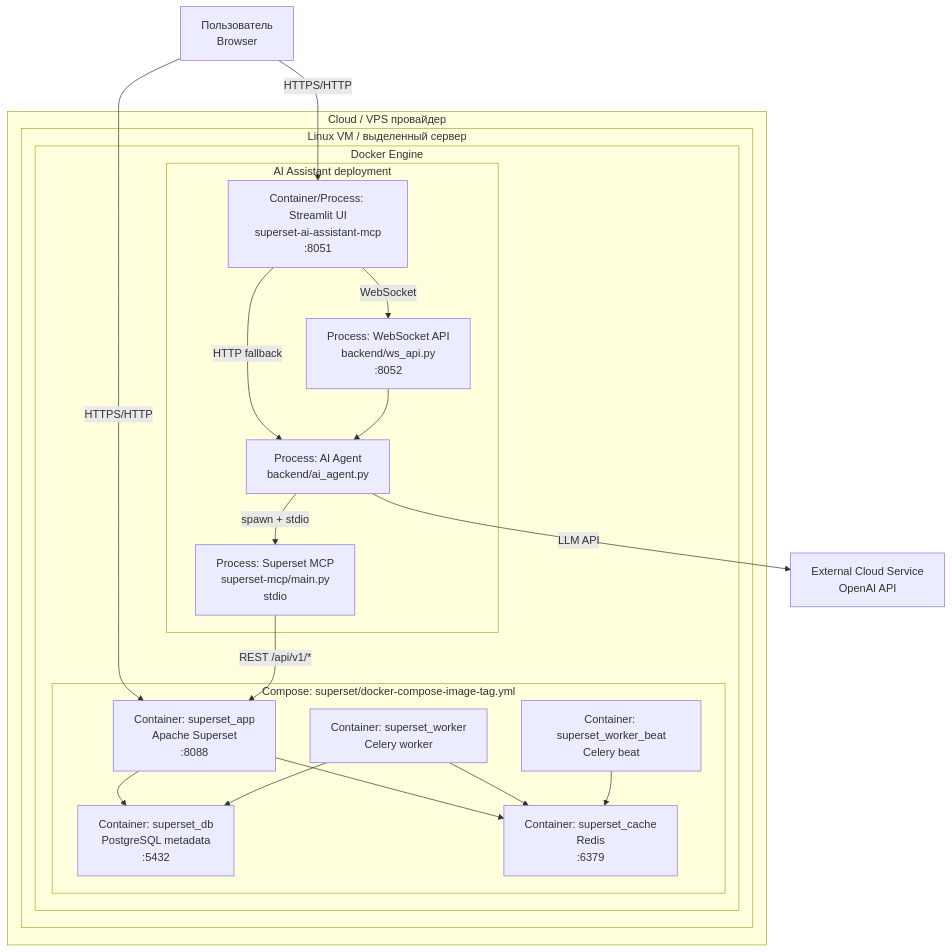
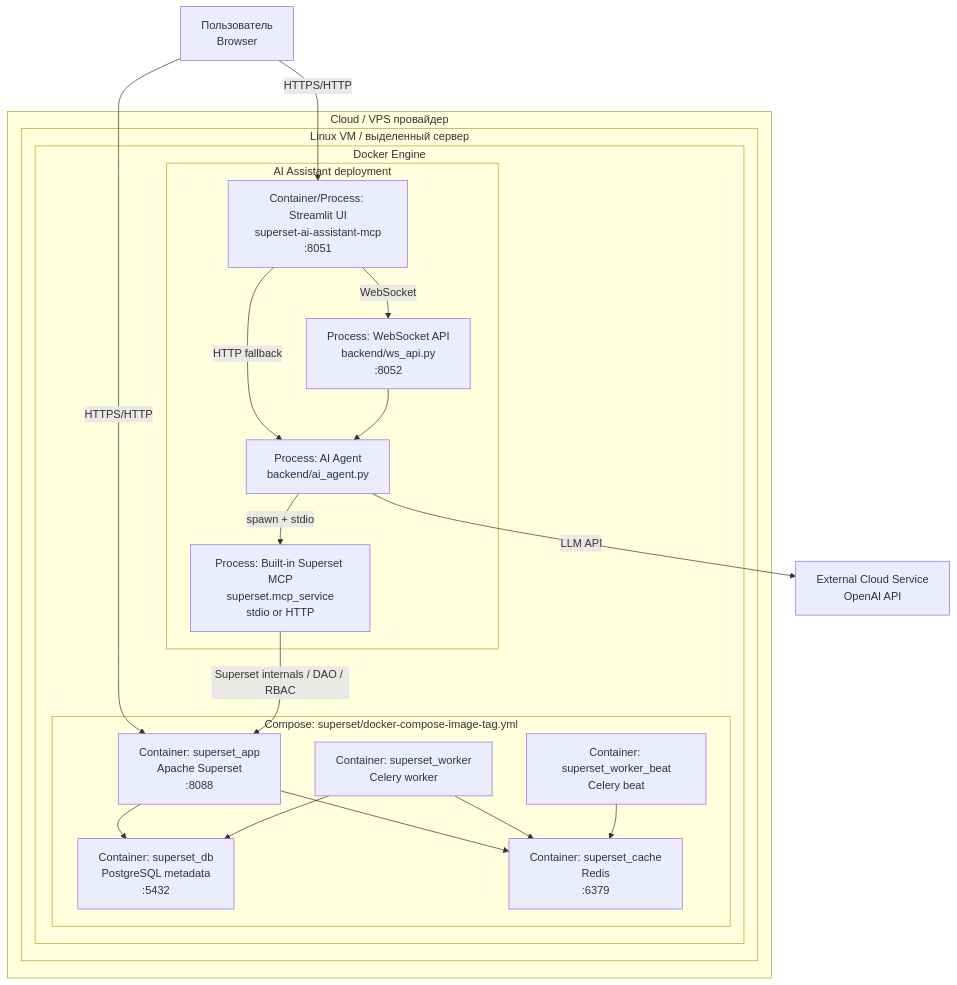
The diagram in docs/deployment.md (SHUBINDENIS/superset_ai), drawn with Mermaid before and after one commit. The commit also changed other lines of this file and 6 other files, not shown here.

````diff
--- a/docs/deployment.md
+++ b/docs/deployment.md
@@ -7,43 +7,43 @@
 ```mermaid
 flowchart TB
     user[Пользователь<br/>Browser]
 
     subgraph cloud[Cloud / VPS провайдер]
         subgraph vm[Linux VM / выделенный сервер]
             subgraph docker[Docker Engine]
                 subgraph supstack[Compose: superset/docker-compose-image-tag.yml]
                     superset_app[Container: superset_app<br/>Apache Superset<br/>:8088]
                     superset_db[Container: superset_db<br/>PostgreSQL metadata<br/>:5432]
                     superset_cache[Container: superset_cache<br/>Redis<br/>:6379]
                     superset_worker[Container: superset_worker<br/>Celery worker]
                     superset_beat[Container: superset_worker_beat<br/>Celery beat]
                 end
 
                 subgraph aistack[AI Assistant deployment]
                     streamlit[Container/Process: Streamlit UI<br/>superset-ai-assistant-mcp<br/>:8051]
                     wsapi[Process: WebSocket API<br/>backend/ws_api.py<br/>:8052]
                     agent[Process: AI Agent<br/>backend/ai_agent.py]
-                    mcp[Process: Superset MCP<br/>superset-mcp/main.py<br/>stdio]
+                    mcp[Process: Built-in Superset MCP<br/>superset.mcp_service<br/>stdio or HTTP]
                 end
             end
         end
     end
 
     openai[External Cloud Service<br/>OpenAI API]
 
     user -->|HTTPS/HTTP| streamlit
     user -->|HTTPS/HTTP| superset_app
 
     streamlit -->|WebSocket| wsapi
     streamlit -->|HTTP fallback| agent
     wsapi --> agent
     agent -->|LLM API| openai
     agent -->|spawn + stdio| mcp
-    mcp -->|REST /api/v1/*| superset_app
+    mcp -->|Superset internals / DAO / RBAC| superset_app
 
     superset_app --> superset_db
     superset_app --> superset_cache
     superset_worker --> superset_db
     superset_worker --> superset_cache
     superset_beat --> superset_cache
 ```
````
